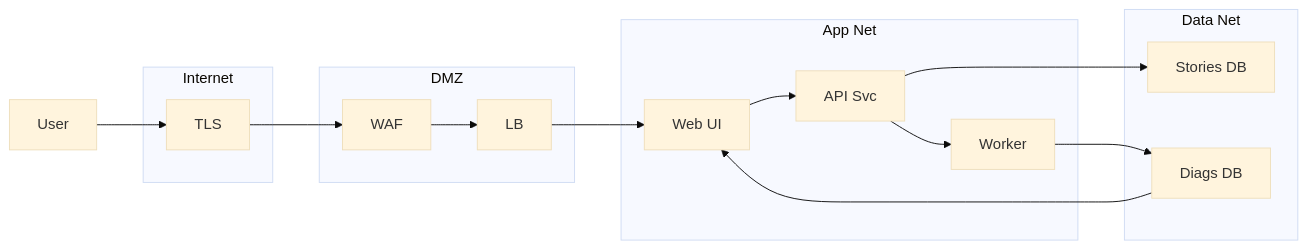
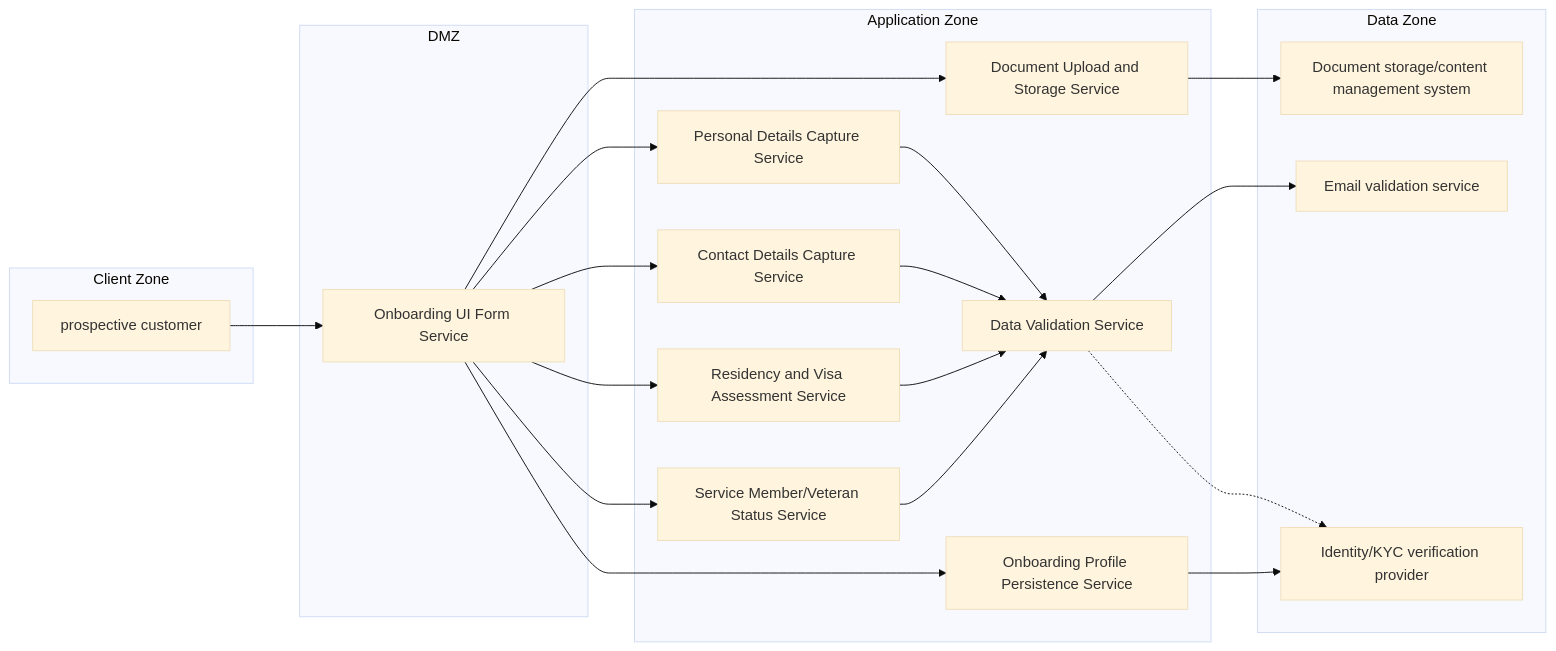
The fourth of 5 diagrams in diagrams/output.md (madhukumara1616/customer-onboarding-application), drawn with Mermaid (base theme) before and after one commit. The commit also changed other lines of this file, not shown here.

Commit message:
chore: update diagrams — Pipeline-generated codebase

````diff
--- a/diagrams/output.md
+++ b/diagrams/output.md
@@ -94,28 +128,43 @@
 ```mermaid
-%% TITLE: Network Architecture
+%% TITLE: Network & Deployment Architecture
 graph LR
-  n1["User"]
-  subgraph n2["Internet"]
-    net1["TLS"]
-  end
-  subgraph n3["DMZ"]
-    dmz1["WAF"]
-    dmz2["LB"]
-  end
-  subgraph n4["App Net"]
-    app1["Web UI"]
-    app2["API Svc"]
-    app3["Worker"]
-  end
-  subgraph n5["Data Net"]
-    data1["Stories DB"]
-    data2["Diags DB"]
+  subgraph Client_Zone["Client Zone"]
+    actor_pc["prospective customer"]
   end
 
-  n1 --> net1 --> dmz1 --> dmz2 --> app1
-  app1 --> app2
-  app2 --> app3
-  app2 --> data1
-  app3 --> data2
-  data2 --> app1
+  subgraph DMZ["DMZ"]
+    svc_ui["Onboarding UI Form Service"]
+  end
+
+  subgraph Application_Zone["Application Zone"]
+    svc_personal["Personal Details Capture Service"]
+    svc_contact["Contact Details Capture Service"]
+    svc_residency["Residency and Visa Assessment Service"]
+    svc_service_status["Service Member/Veteran Status Service"]
+    svc_doc["Document Upload and Storage Service"]
+    svc_validation["Data Validation Service"]
+    svc_persist["Onboarding Profile Persistence Service"]
+  end
+
+  subgraph Data_Zone["Data Zone"]
+    ext_docstore["Document storage/content management system"]
+    ext_email["Email validation service"]
+    ext_kyc["Identity/KYC verification provider"]
+  end
+
+  actor_pc --> svc_ui
+  svc_ui --> svc_personal
+  svc_ui --> svc_contact
+  svc_ui --> svc_residency
+  svc_ui --> svc_service_status
+  svc_ui --> svc_doc
+  svc_ui --> svc_persist
+  svc_personal --> svc_validation
+  svc_contact --> svc_validation
+  svc_residency --> svc_validation
+  svc_service_status --> svc_validation
+  svc_doc --> ext_docstore
+  svc_validation --> ext_email
+  svc_validation -.-> ext_kyc
+  svc_persist --> ext_kyc
 ```
````
